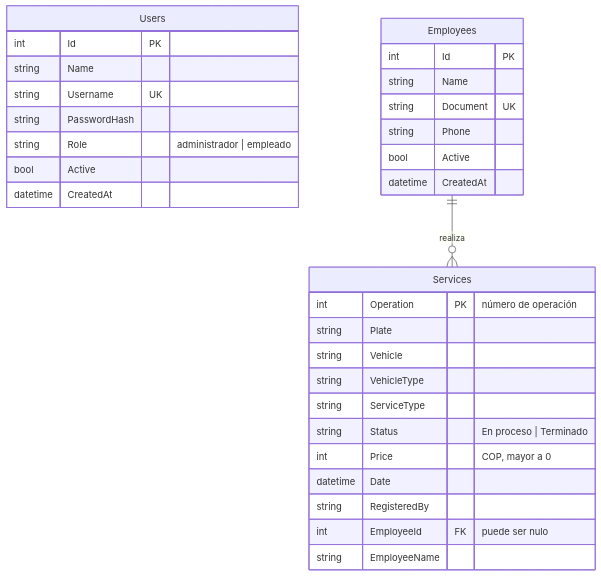
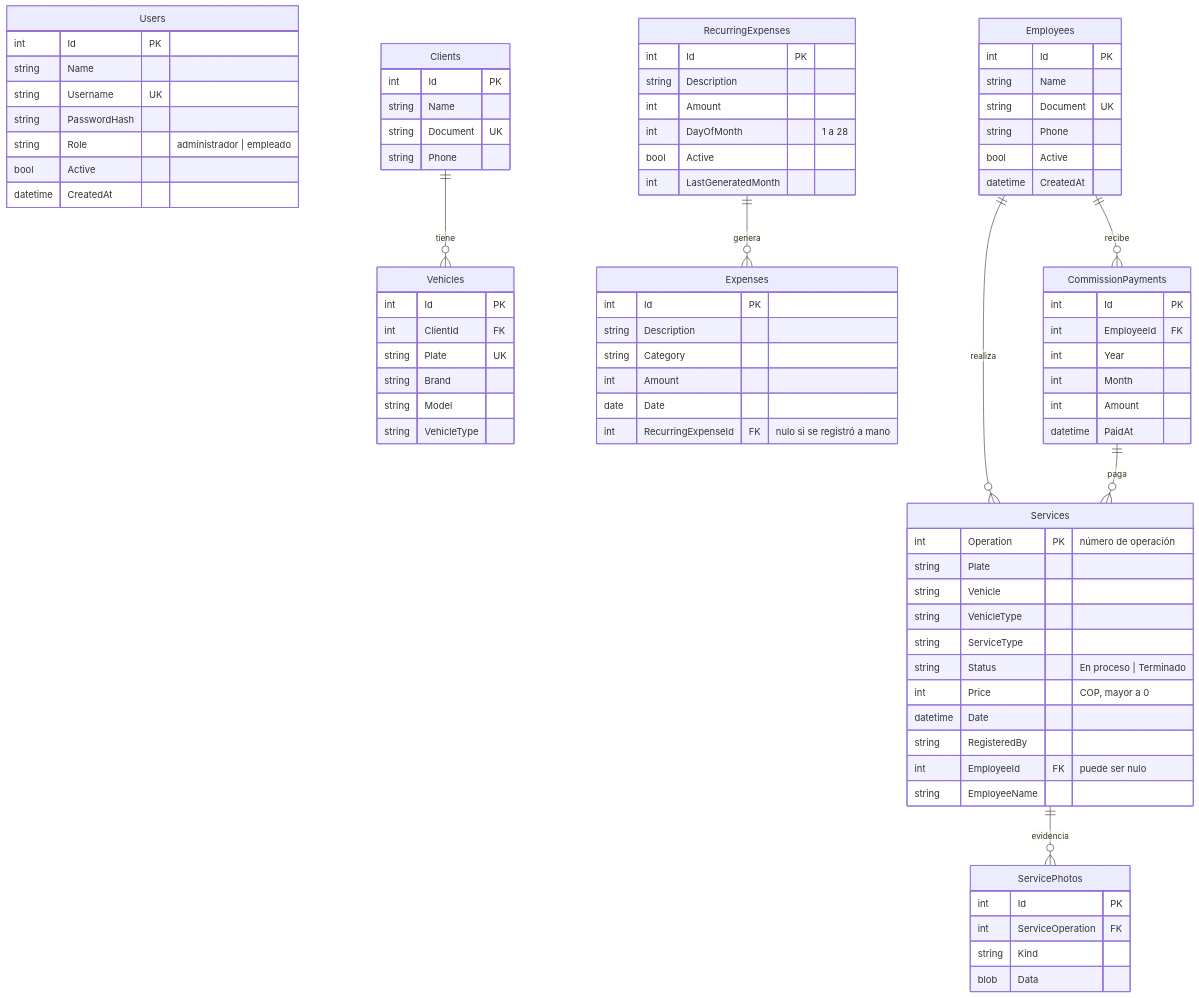
The diagram in database/README.md (Yefry-bit/ALING_BALANCE), drawn with Mermaid before and after one commit. The commit also changed other lines of this file and 86 other files, not shown here.

````diff
--- a/database/README.md
+++ b/database/README.md
@@ -54,5 +59,54 @@
         int EmployeeId FK "puede ser nulo"
         string EmployeeName
     }
+    Clients {
+        int Id PK
+        string Name
+        string Document UK
+        string Phone
+    }
+    Vehicles {
+        int Id PK
+        int ClientId FK
+        string Plate UK
+        string Brand
+        string Model
+        string VehicleType
+    }
+    ServicePhotos {
+        int Id PK
+        int ServiceOperation FK
+        string Kind
+        blob Data
+    }
+    Expenses {
+        int Id PK
+        string Description
+        string Category
+        int Amount
+        date Date
+        int RecurringExpenseId FK "nulo si se registró a mano"
+    }
+    RecurringExpenses {
+        int Id PK
+        string Description
+        int Amount
+        int DayOfMonth "1 a 28"
+        bool Active
+        int LastGeneratedMonth
+    }
+    CommissionPayments {
+        int Id PK
+        int EmployeeId FK
+        int Year
+        int Month
+        int Amount
+        datetime PaidAt
+    }
     Employees ||--o{ Services : "realiza"
+    Clients ||--o{ Vehicles : "tiene"
+    Services ||--o{ ServicePhotos : "evidencia"
+    RecurringExpenses ||--o{ Expenses : "genera"
+    CommissionPayments ||--o{ Services : "paga"
+    Employees ||--o{ CommissionPayments : "recibe"
 ```
````
